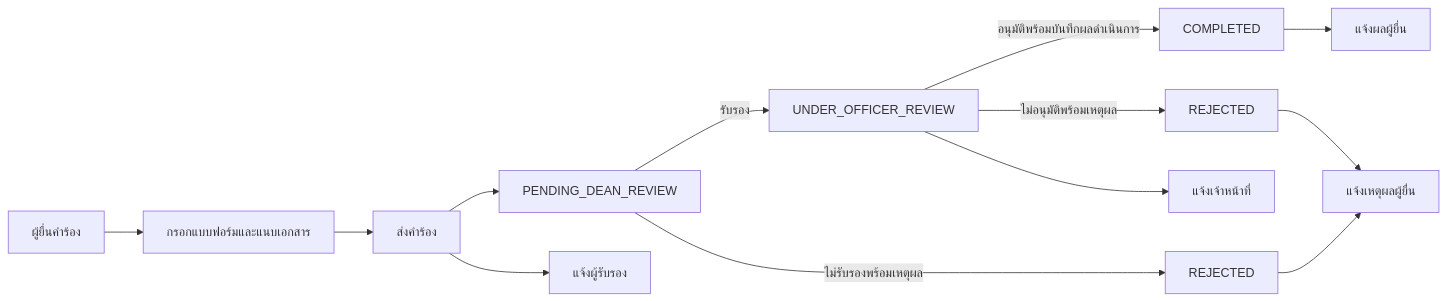
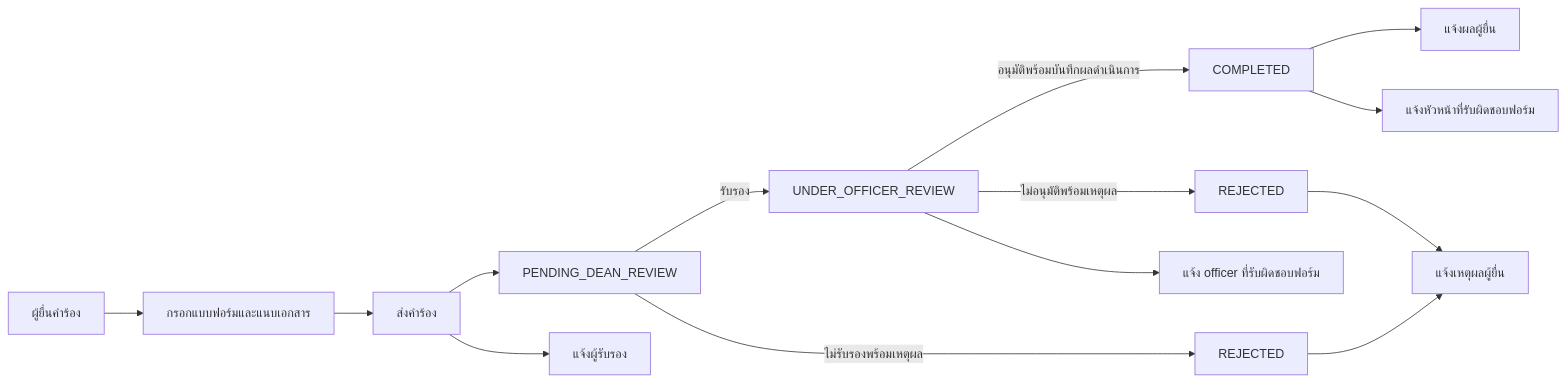
The first of 3 diagrams in database/design/service-portal-current-erd-and-workflow-th.md (paktii/Form_Moodle_Academy), drawn with Mermaid before and after one commit. The commit also changed other lines of this file and 34 other files, not shown here.

````diff
--- a/database/design/service-portal-current-erd-and-workflow-th.md
+++ b/database/design/service-portal-current-erd-and-workflow-th.md
@@ -9,15 +9,16 @@
 ```mermaid
 flowchart LR
     requester["ผู้ยื่นคำร้อง"] --> form["กรอกแบบฟอร์มและแนบเอกสาร"]
     form --> submit["ส่งคำร้อง"]
     submit --> pendingDean["PENDING_DEAN_REVIEW"]
     pendingDean -->|"รับรอง"| underOfficer["UNDER_OFFICER_REVIEW"]
     pendingDean -->|"ไม่รับรองพร้อมเหตุผล"| rejectedByDean["REJECTED"]
     underOfficer -->|"อนุมัติพร้อมบันทึกผลดำเนินการ"| completed["COMPLETED"]
     underOfficer -->|"ไม่อนุมัติพร้อมเหตุผล"| rejectedByOfficer["REJECTED"]
     submit --> deanMail["แจ้งผู้รับรอง"]
-    underOfficer --> officerMail["แจ้งเจ้าหน้าที่"]
+    underOfficer --> officerMail["แจ้ง officer ที่รับผิดชอบฟอร์ม"]
     completed --> completedMail["แจ้งผลผู้ยื่น"]
+    completed --> headMail["แจ้งหัวหน้าที่รับผิดชอบฟอร์ม"]
     rejectedByDean --> rejectedMail["แจ้งเหตุผลผู้ยื่น"]
     rejectedByOfficer --> rejectedMail
 ```
````
